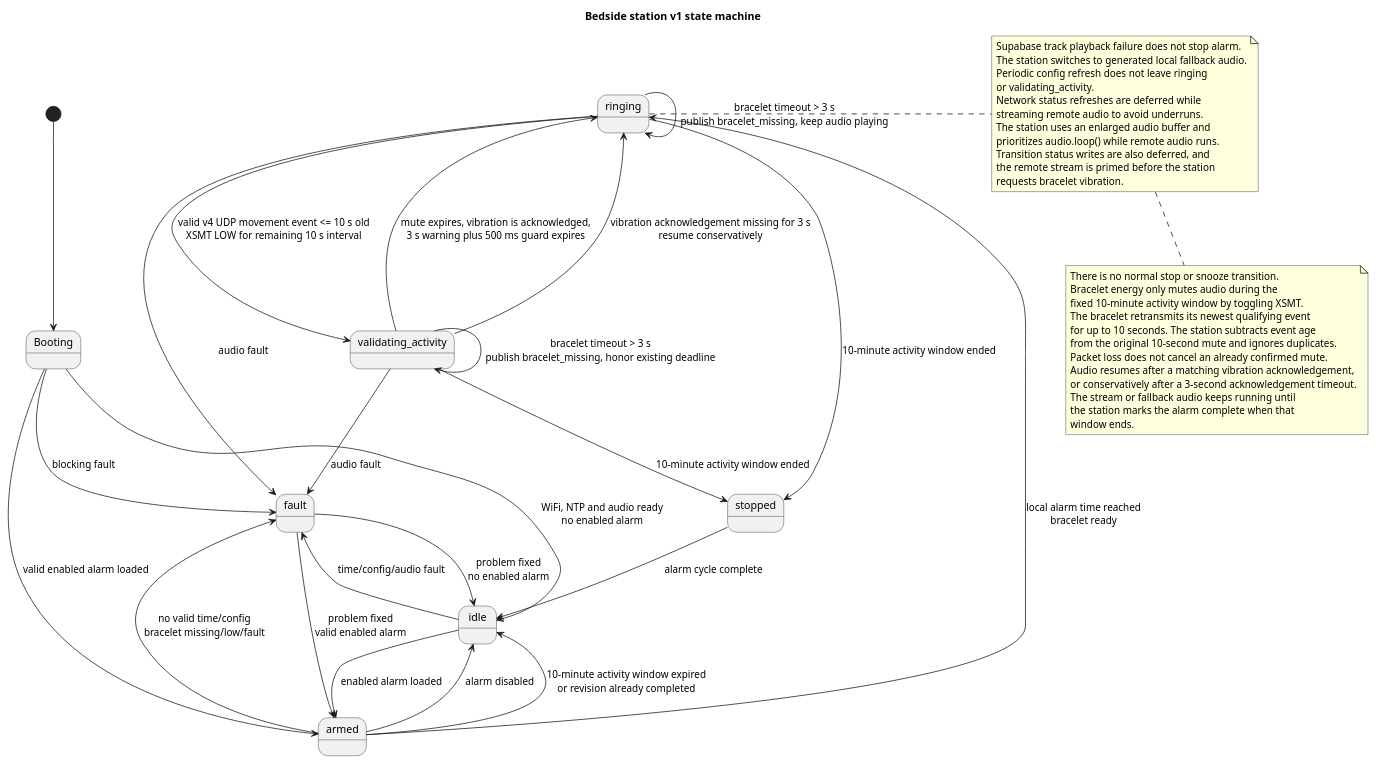
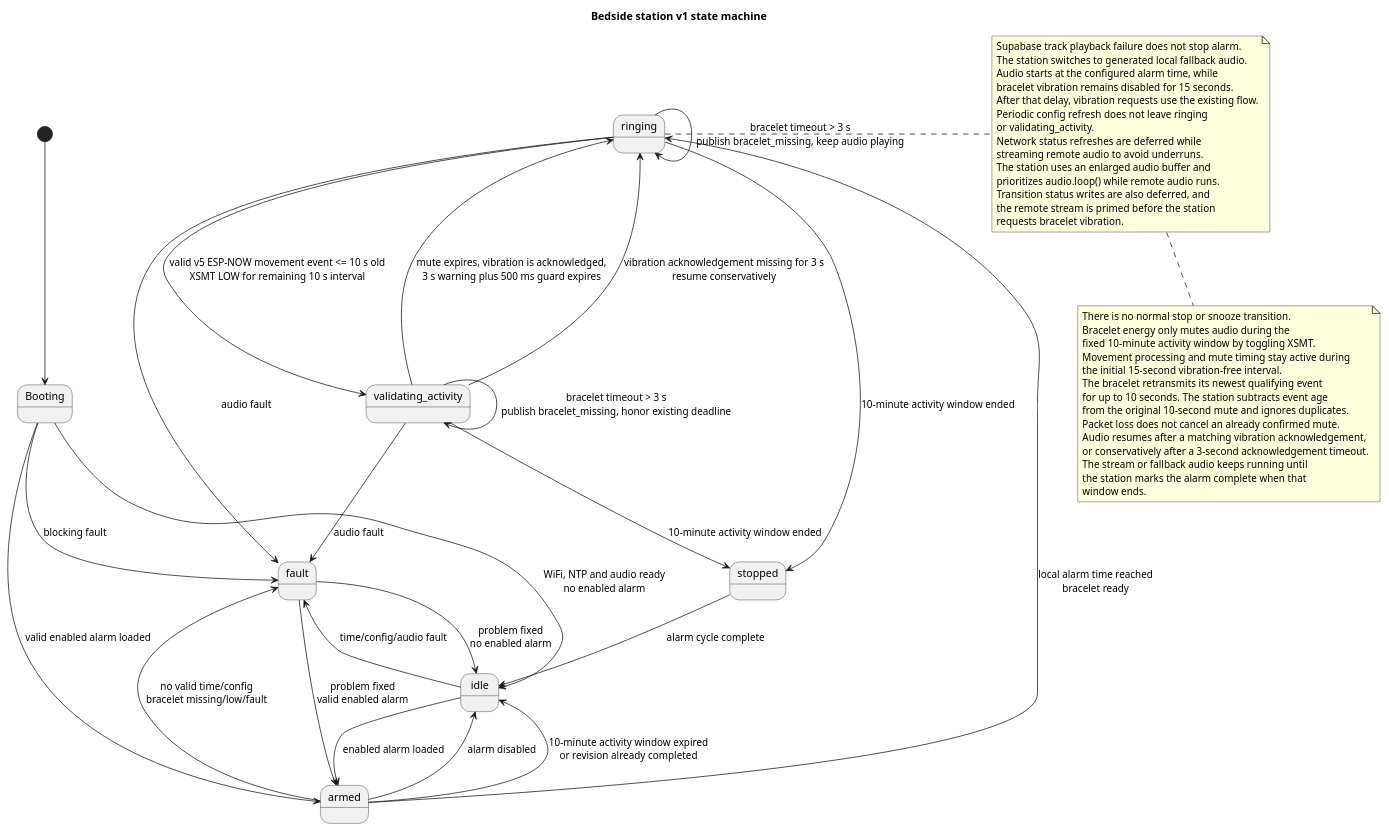
Before and after one commit to Jzn-wbr/Starter: the diagram in code/boite hp/UML/station_state_machine.puml, drawn with PlantUML. The commit also changed 16 other files, not shown here.

Commit message:
Migrate alarm system to ESP-NOW and refine wake flow

```diff
--- a/code/boite hp/UML/station_state_machine.puml
+++ b/code/boite hp/UML/station_state_machine.puml
@@ -1,62 +1,67 @@
 @startuml
 title Bedside station v1 state machine
 
 [*] --> Booting
 Booting --> idle : WiFi, NTP and audio ready\nno enabled alarm
 Booting --> armed : valid enabled alarm loaded
 Booting --> fault : blocking fault
 
 idle --> armed : enabled alarm loaded
 idle --> fault : time/config/audio fault
 
 armed --> idle : alarm disabled
 armed --> ringing : local alarm time reached\nbracelet ready
 armed --> idle : 10-minute activity window expired\nor revision already completed
 armed --> fault : no valid time/config\nbracelet missing/low/fault
 
-ringing --> validating_activity : valid v4 UDP movement event <= 10 s old\nXSMT LOW for remaining 10 s interval
+ringing --> validating_activity : valid v5 ESP-NOW movement event <= 10 s old\nXSMT LOW for remaining 10 s interval
 ringing --> stopped : 10-minute activity window ended
 ringing --> ringing : bracelet timeout > 3 s\npublish bracelet_missing, keep audio playing
 ringing --> fault : audio fault
 
 validating_activity --> ringing : mute expires, vibration is acknowledged,\n3 s warning plus 500 ms guard expires
 validating_activity --> ringing : vibration acknowledgement missing for 3 s\nresume conservatively
 validating_activity --> validating_activity : bracelet timeout > 3 s\npublish bracelet_missing, honor existing deadline
 validating_activity --> stopped : 10-minute activity window ended
 validating_activity --> fault : audio fault
 
 stopped --> idle : alarm cycle complete
 
 fault --> idle : problem fixed\nno enabled alarm
 fault --> armed : problem fixed\nvalid enabled alarm
 
 note right of ringing
 Supabase track playback failure does not stop alarm.
 The station switches to generated local fallback audio.
+Audio starts at the configured alarm time, while
+bracelet vibration remains disabled for 15 seconds.
+After that delay, vibration requests use the existing flow.
 Periodic config refresh does not leave ringing
 or validating_activity.
 Network status refreshes are deferred while
 streaming remote audio to avoid underruns.
 The station uses an enlarged audio buffer and
 prioritizes audio.loop() while remote audio runs.
 Transition status writes are also deferred, and
 the remote stream is primed before the station
 requests bracelet vibration.
 end note
 
 note bottom
 There is no normal stop or snooze transition.
 Bracelet energy only mutes audio during the
 fixed 10-minute activity window by toggling XSMT.
+Movement processing and mute timing stay active during
+the initial 15-second vibration-free interval.
 The bracelet retransmits its newest qualifying event
 for up to 10 seconds. The station subtracts event age
 from the original 10-second mute and ignores duplicates.
 Packet loss does not cancel an already confirmed mute.
 Audio resumes after a matching vibration acknowledgement,
 or conservatively after a 3-second acknowledgement timeout.
 The stream or fallback audio keeps running until
 the station marks the alarm complete when that
 window ends.
 end note
 
 @enduml
```
